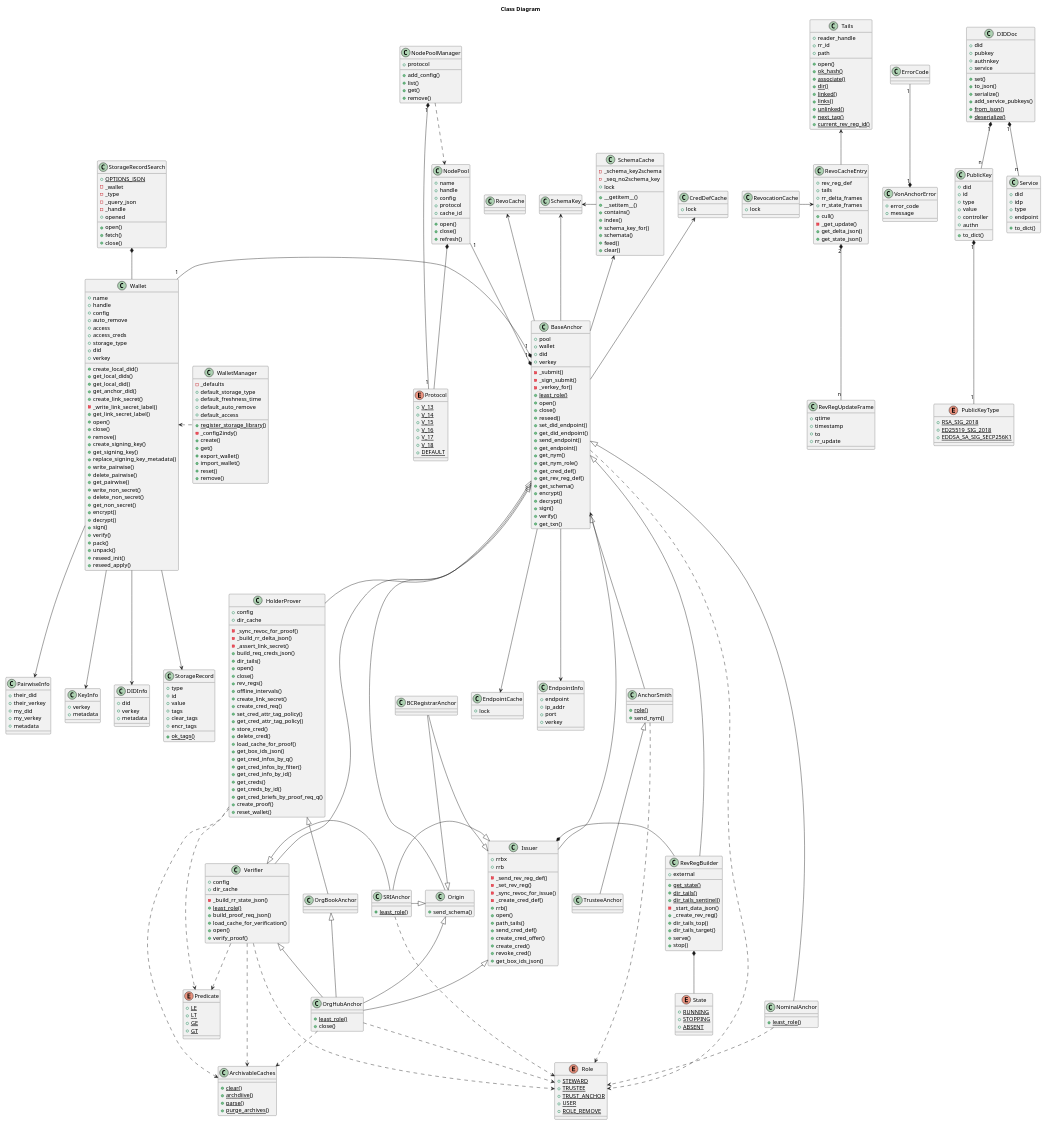
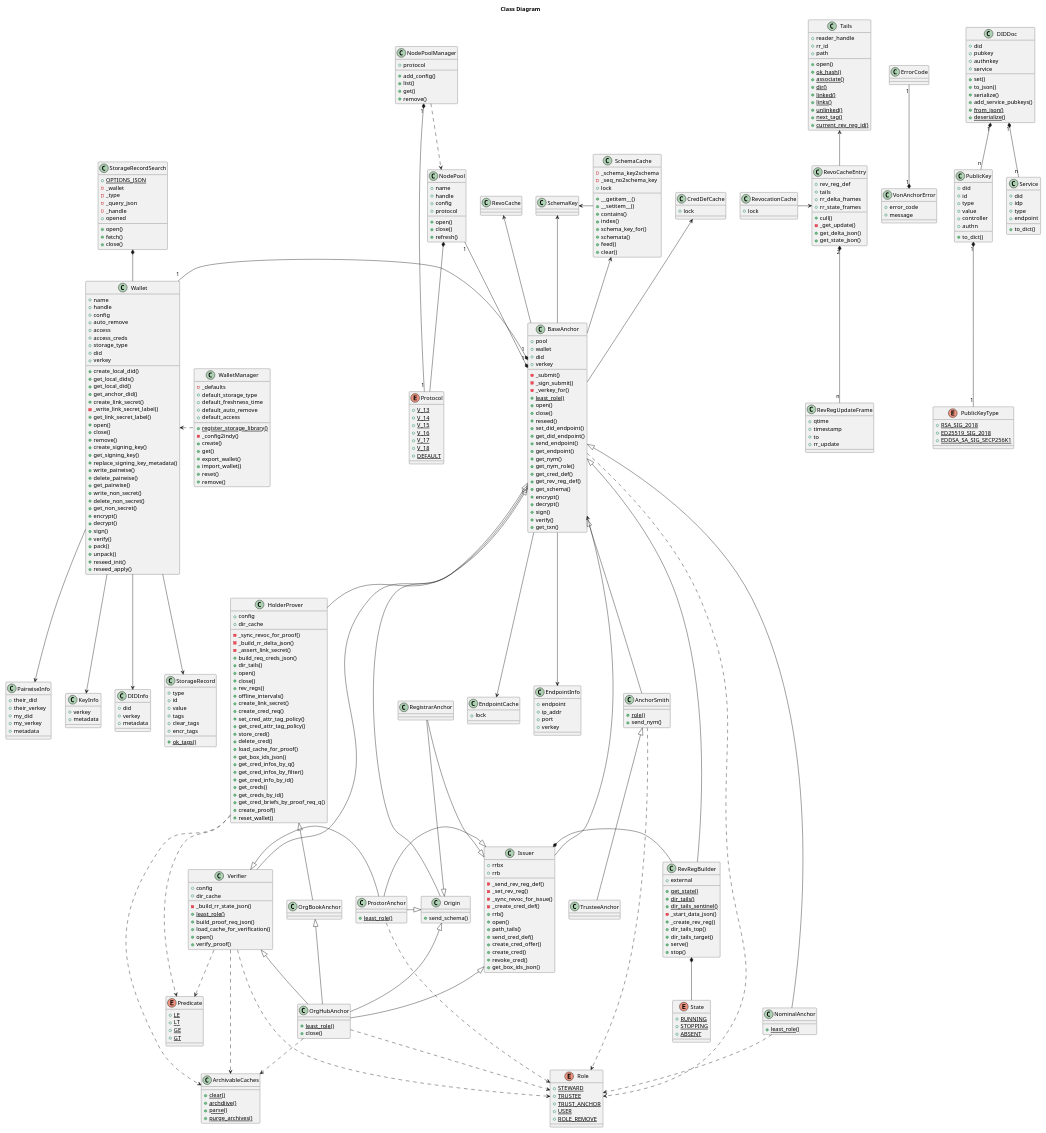
One commit to PSPC-SPAC-buyandsell/von_anchor changed the diagram in docs/source/pic/src/class.puml. Above: the diagram before and after it, drawn with PlantUML. The commit also changed 13 other files, not shown here.

```diff
--- a/docs/source/pic/src/class.puml
+++ b/docs/source/pic/src/class.puml
@@ -222,7 +222,6 @@
     +handle
     +config
     +protocol
-    +cache_id
     +open()
     +close()
     +refresh()
@@ -364,11 +363,11 @@
     {static} +least_role()
 }
 
-class SRIAnchor {
+class ProctorAnchor {
     {static} +least_role()
 }
 
-class BCRegistrarAnchor {
+class RegistrarAnchor {
 }
 
 class OrgBookAnchor {
@@ -460,12 +459,12 @@
 BaseAnchor <-- Issuer
 Issuer *- RevRegBuilder
 
-Origin <|-left- SRIAnchor
-Issuer <|-left- SRIAnchor
-Verifier <|-right- SRIAnchor
+Origin <|-left- ProctorAnchor
+Issuer <|-left- ProctorAnchor
+Verifier <|-right- ProctorAnchor
 
-Issuer <|-up- BCRegistrarAnchor
-Origin <|-up- BCRegistrarAnchor
+Issuer <|-up- RegistrarAnchor
+Origin <|-up- RegistrarAnchor
 
 HolderProver <|-down- OrgBookAnchor
 
@@ -486,7 +485,7 @@
 Verifier ..> Role
 NominalAnchor ..> Role
 OrgHubAnchor ..> Role
-SRIAnchor ..> Role
+ProctorAnchor ..> Role
 
 PublicKey "1" *-- "1" PublicKeyType
 DIDDoc "1" *-- "n" PublicKey
```
